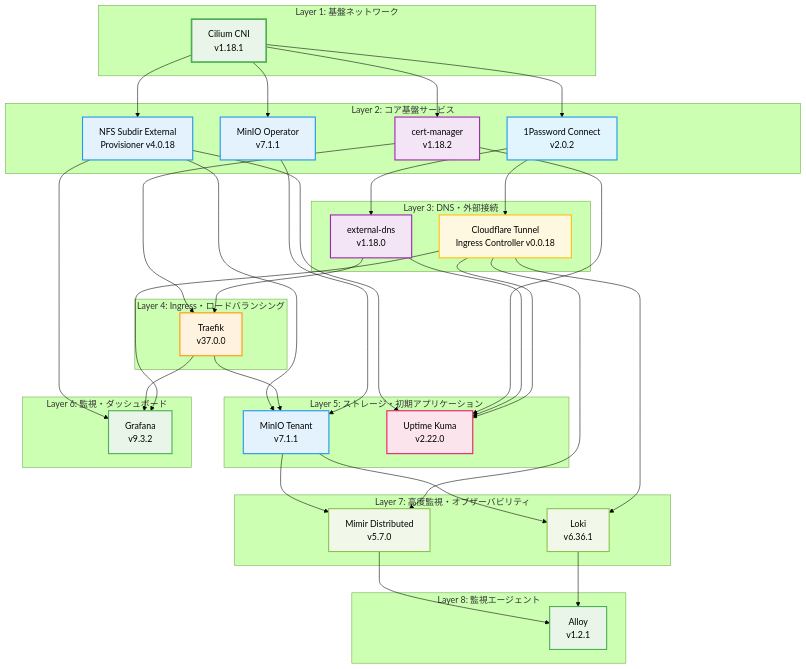
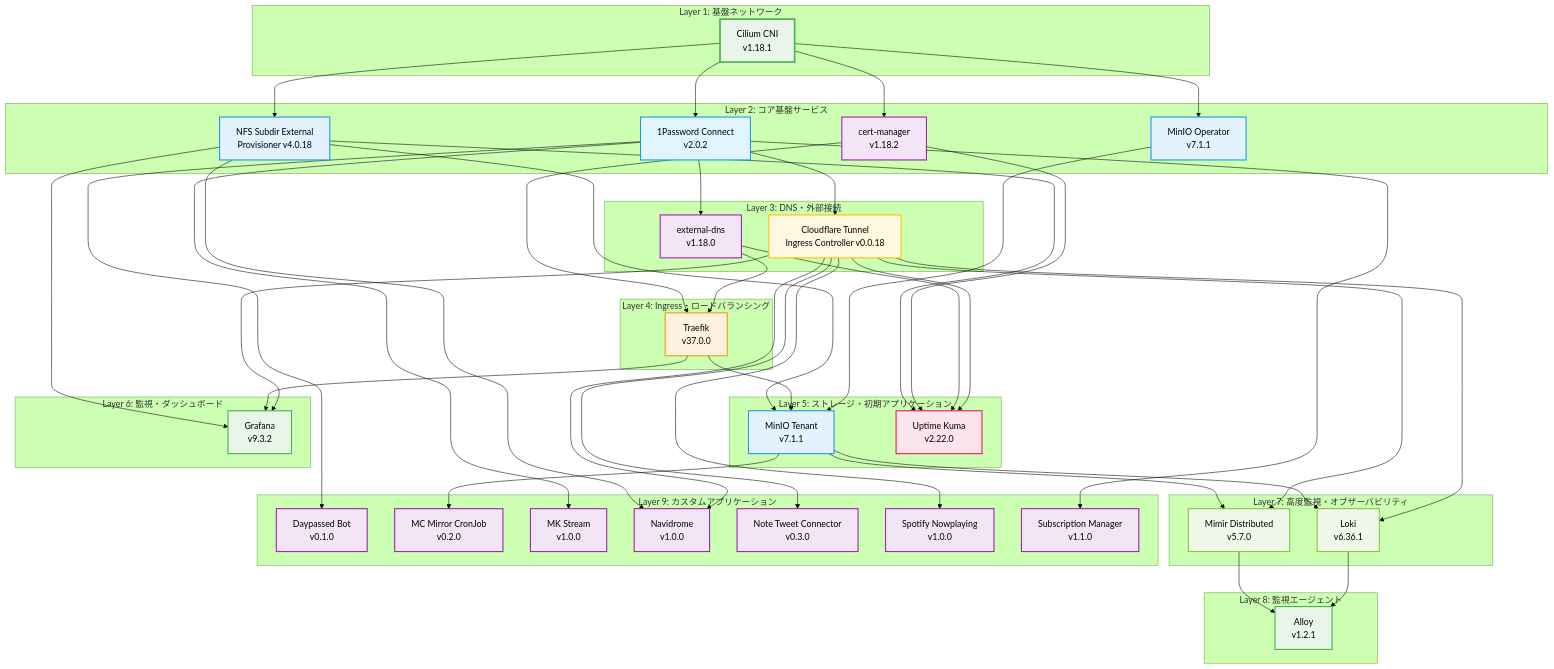
One commit to Soli0222/pke changed the diagram in helmfile/README.md. Above: the diagram before and after it, drawn with Mermaid (forest theme). The commit also changed other lines of this file and 34 other files, not shown here.

````diff
--- a/helmfile/README.md
+++ b/helmfile/README.md
@@ -129,6 +147,18 @@
         Alloy[Alloy<br/>v1.2.1]
     end
 
+    %% レイヤー9: カスタムアプリケーション
+    subgraph "Layer 9: カスタムアプリケーション"
+        DaypassedBot[Daypassed Bot<br/>v0.1.0]
+        MCMirror[MC Mirror CronJob<br/>v0.2.0]
+        MKStream[MK Stream<br/>v1.0.0]
+        Navidrome[Navidrome<br/>v1.0.0]
+        NoteTweet[Note Tweet Connector<br/>v0.3.0]
+        SpotifyNP[Spotify Nowplaying<br/>v1.0.0]
+        SubManager[Subscription Manager<br/>v1.1.0]
+        %% FlowSight[Flow Sight<br/>v1.1.0]
+    end
+
     %% 基本依存関係
     Cilium --> Connect
     Cilium --> CertManager
@@ -169,6 +199,16 @@
     Mimir --> Alloy
     Loki --> Alloy
 
+    %% カスタムアプリケーション依存関係
+    Connect --> DaypassedBot
+    MinIOTenant --> MCMirror
+    Connect --> MKStream
+    NFSProvisioner --> Navidrome
+    CFTunnel --> Navidrome
+    CFTunnel --> NoteTweet
+    CFTunnel --> SpotifyNP
+    Connect --> SubManager
+
     %% スタイリング
     style Cilium fill:#e8f5e8,stroke:#4caf50,stroke-width:3px
     style Connect fill:#e1f5fe,stroke:#2196f3,stroke-width:2px
@@ -184,4 +224,11 @@
     style Mimir fill:#f1f8e9,stroke:#8bc34a,stroke-width:2px
     style Loki fill:#f1f8e9,stroke:#8bc34a,stroke-width:2px
     style Alloy fill:#e8f5e8,stroke:#4caf50,stroke-width:2px
+    style DaypassedBot fill:#f3e5f5,stroke:#9c27b0,stroke-width:2px
+    style MCMirror fill:#f3e5f5,stroke:#9c27b0,stroke-width:2px
+    style MKStream fill:#f3e5f5,stroke:#9c27b0,stroke-width:2px
+    style Navidrome fill:#f3e5f5,stroke:#9c27b0,stroke-width:2px
+    style NoteTweet fill:#f3e5f5,stroke:#9c27b0,stroke-width:2px
+    style SpotifyNP fill:#f3e5f5,stroke:#9c27b0,stroke-width:2px
+    style SubManager fill:#f3e5f5,stroke:#9c27b0,stroke-width:2px
 ```
````
